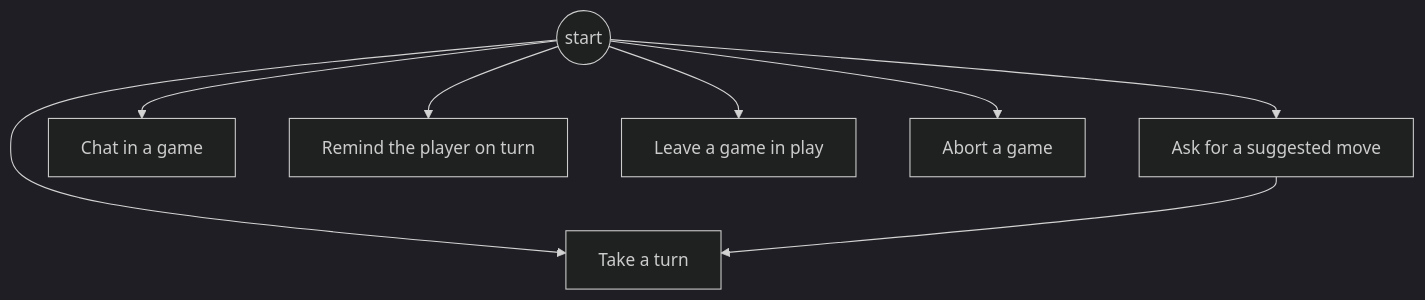
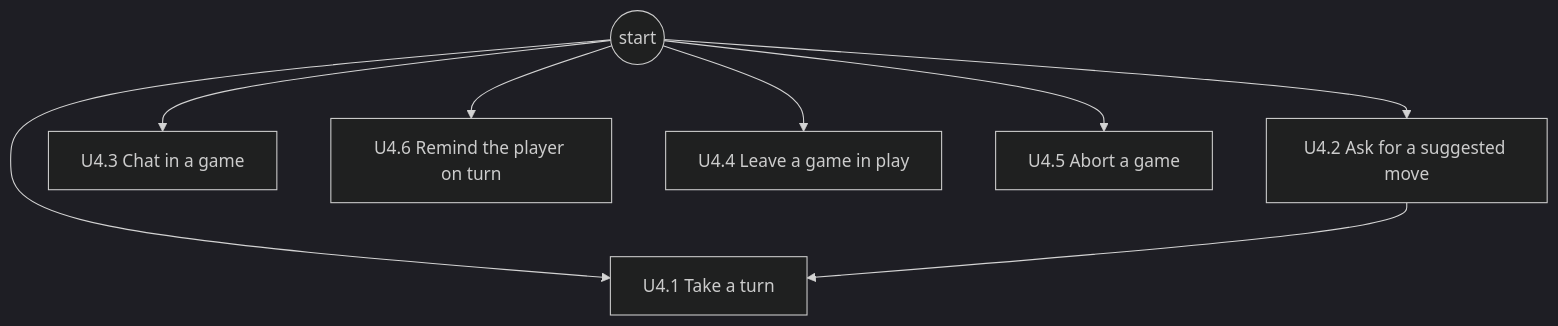
Before and after one commit to delphside/programme: diagram 14 of 29 in docs/changes/workstreams/application-game-architecture/71-one-game-model/71-functional.md, drawn with Mermaid (dark theme). The commit also changed other lines of this file and 1 other file, not shown here.

````diff
--- a/docs/changes/workstreams/application-game-architecture/71-one-game-model/71-functional.md
+++ b/docs/changes/workstreams/application-game-architecture/71-one-game-model/71-functional.md
@@ -267,10 +279,10 @@
 ```mermaid
 flowchart TD
-  s0((start)) --> a1["Take a turn"]
-  s0 --> a2["Ask for a suggested move"]
+  s0((start)) --> a1["U4.1 Take a turn"]
+  s0 --> a2["U4.2 Ask for a suggested move"]
   a2 --> a1
-  s0 --> a3["Chat in a game"]
-  s0 --> a4["Remind the player on turn"]
-  s0 --> a5["Leave a game in play"]
-  s0 --> a6["Abort a game"]
+  s0 --> a3["U4.3 Chat in a game"]
+  s0 --> a4["U4.6 Remind the player on turn"]
+  s0 --> a5["U4.4 Leave a game in play"]
+  s0 --> a6["U4.5 Abort a game"]
 ```
````
